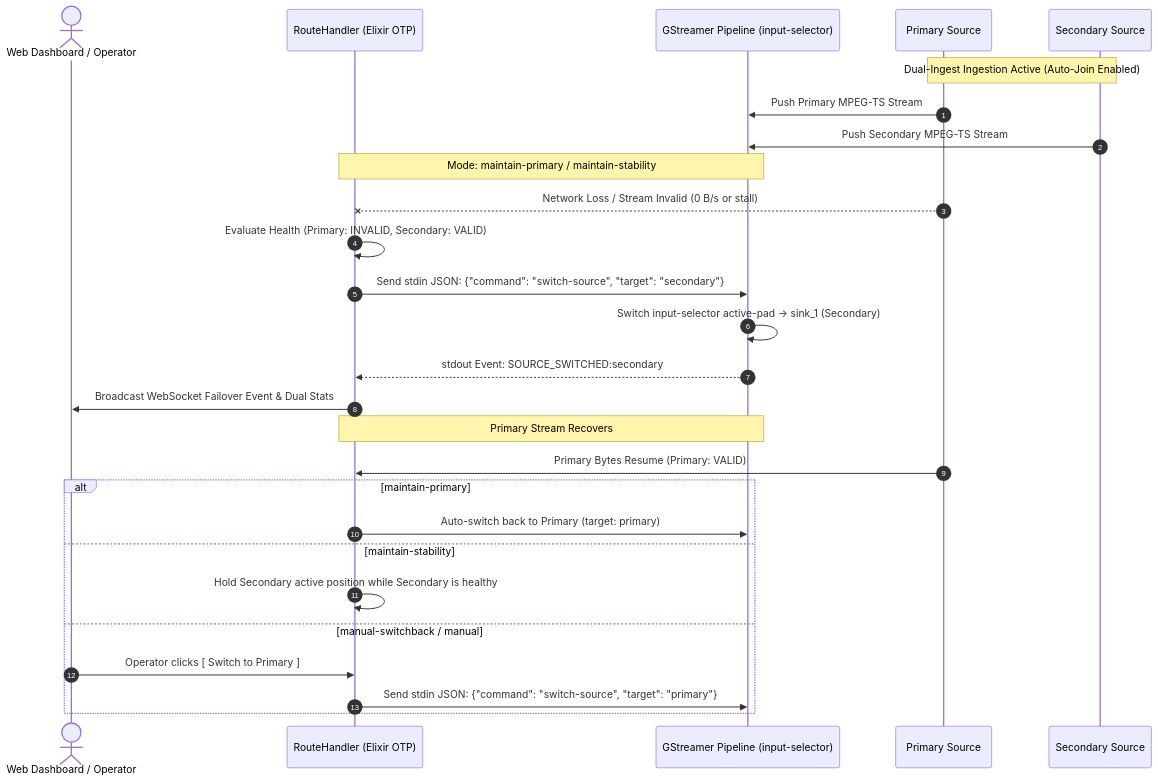
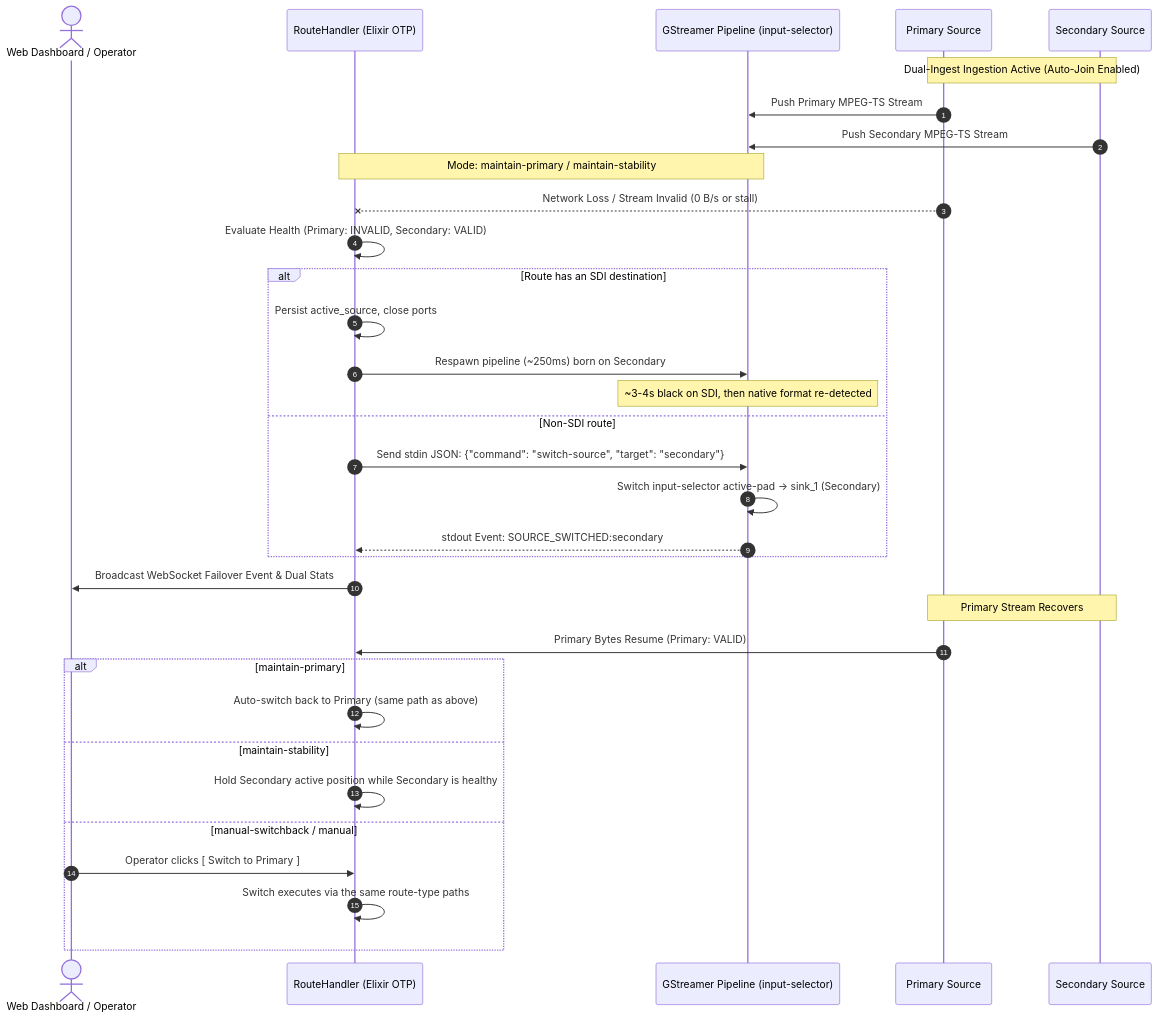
One commit to visual-alchemy/blackgate-project changed the fourth of 4 diagrams in README.md. Above: the diagram before and after it, drawn with Mermaid. The commit also changed other lines of this file, not shown here.

Commit message:
docs(readme): failover switch behavior now branches by route type
- Features table: add Input Failover row (dual SRT sources, 4 modes).
- Sequence diagram: SDI-destination routes persist active_source and
  respawn the pipeline (~3-4s black, format re-detected); non-SDI routes
  keep the in-process input-selector flip. Recovery/switchback paths use
  the same branch.
- Prose note under the diagram explains the different-muxer starvation
  rationale and links the runbook's 'Switch Behavior by Route Type'.

````diff
--- a/README.md
+++ b/README.md
@@ -262,32 +263,39 @@
 ```mermaid
 sequenceDiagram
     autonumber
     actor Op as Web Dashboard / Operator
     participant RH as RouteHandler (Elixir OTP)
     participant C as GStreamer Pipeline (input-selector)
     participant PS as Primary Source
     participant SS as Secondary Source
 
     Note over PS, SS: Dual-Ingest Ingestion Active (Auto-Join Enabled)
     PS->>C: Push Primary MPEG-TS Stream
     SS->>C: Push Secondary MPEG-TS Stream
 
     Note over RH, C: Mode: maintain-primary / maintain-stability
     PS--xRH: Network Loss / Stream Invalid (0 B/s or stall)
     RH->>RH: Evaluate Health (Primary: INVALID, Secondary: VALID)
-    RH->>C: Send stdin JSON: {"command": "switch-source", "target": "secondary"}
-    C->>C: Switch input-selector active-pad -> sink_1 (Secondary)
-    C-->>RH: stdout Event: SOURCE_SWITCHED:secondary
+
+    alt Route has an SDI destination
+        RH->>RH: Persist active_source, close ports
+        RH->>C: Respawn pipeline (~250ms) born on Secondary
+        Note over C: ~3-4s black on SDI, then native format re-detected
+    else Non-SDI route
+        RH->>C: Send stdin JSON: {"command": "switch-source", "target": "secondary"}
+        C->>C: Switch input-selector active-pad -> sink_1 (Secondary)
+        C-->>RH: stdout Event: SOURCE_SWITCHED:secondary
+    end
     RH->>Op: Broadcast WebSocket Failover Event & Dual Stats
 
-    Note over RH, C: Primary Stream Recovers
+    Note over PS, SS: Primary Stream Recovers
     PS->>RH: Primary Bytes Resume (Primary: VALID)
     alt maintain-primary
-        RH->>C: Auto-switch back to Primary (target: primary)
+        RH->>RH: Auto-switch back to Primary (same path as above)
     else maintain-stability
         RH->>RH: Hold Secondary active position while Secondary is healthy
     else manual-switchback / manual
         Op->>RH: Operator clicks [ Switch to Primary ]
-        RH->>C: Send stdin JSON: {"command": "switch-source", "target": "primary"}
+        RH->>RH: Switch executes via the same route-type paths
     end
 ```
````
